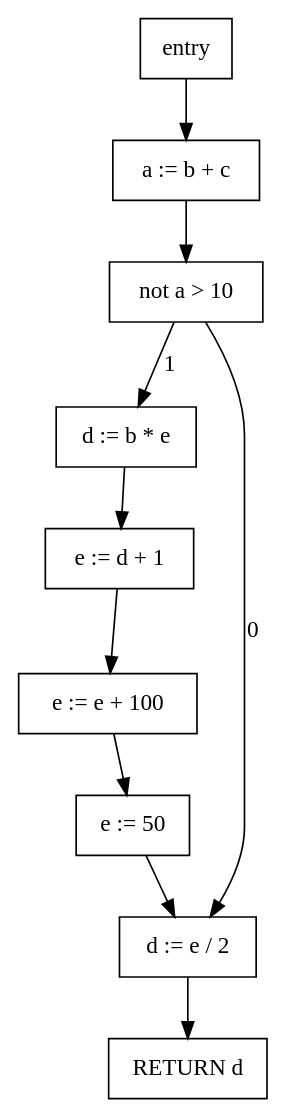
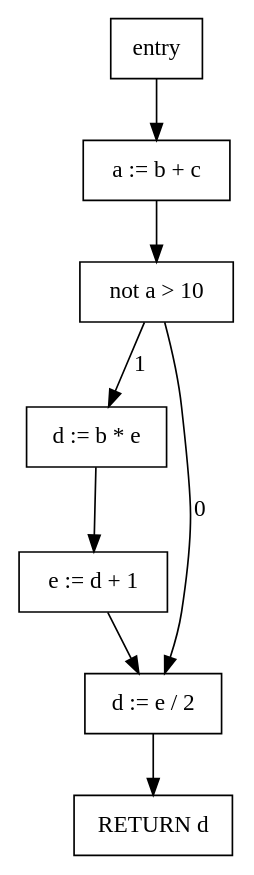
Before and after one commit to KLIEBHAN/pg_plsql_graphs: the diagram in examples/flow.dot, drawn with Graphviz. The commit also changed 3 other files, not shown here.

```diff
--- a/examples/flow.dot
+++ b/examples/flow.dot
@@ -1,1 +1,1 @@
-digraph g { 0[label="entry"][shape=box]; 0 -> 1 [label=""]; 1[label="a := b + c"][shape=box]; 1 -> 2 [label=""]; 2[label="not a > 10"][shape=box]; 2 -> 3 [label="1"]; 2 -> 7 [label="0"]; 3[label="d := b * e"][shape=box]; 3 -> 4 [label=""]; 4[label="e := d + 1"][shape=box]; 4 -> 5 [label=""]; 5[label="e := e + 100"][shape=box]; 5 -> 6 [label=""]; 6[label="e := 50"][shape=box]; 6 -> 7 [label=""]; 7[label="d := e / 2"][shape=box]; 7 -> 8 [label=""]; 8[label="RETURN d"][shape=box]; }
+digraph g { 0[label="entry"][shape=box]; 0 -> 1 [label=""]; 1[label="a := b + c"][shape=box]; 1 -> 2 [label=""]; 2[label="not a > 10"][shape=box]; 2 -> 3 [label="1"]; 2 -> 5 [label="0"]; 3[label="d := b * e"][shape=box]; 3 -> 4 [label=""]; 4[label="e := d + 1"][shape=box]; 4 -> 5 [label=""]; 5[label="d := e / 2"][shape=box]; 5 -> 6 [label=""]; 6[label="RETURN d"][shape=box]; }
```
